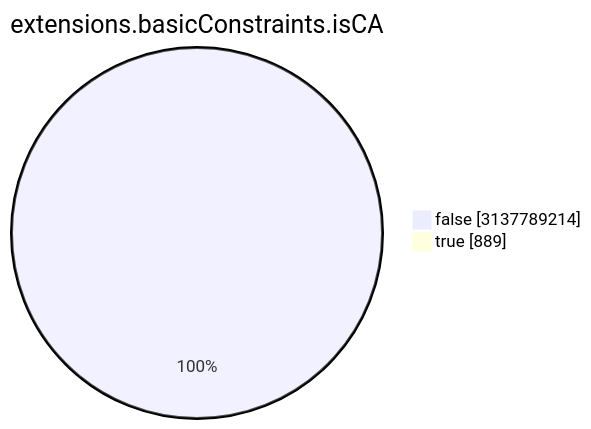
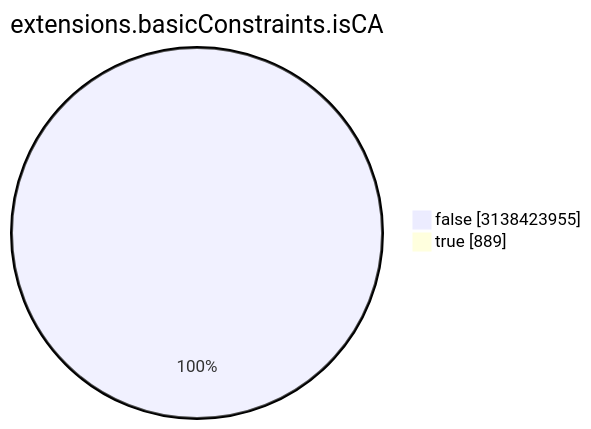
The seventh of 15 diagrams in TOTAL/README.md (christiankrug/ctmonitor_visualization), drawn with Mermaid before and after one commit. The commit also changed other lines of this file, not shown here.

````diff
--- a/TOTAL/README.md
+++ b/TOTAL/README.md
@@ -3088,6 +3088,6 @@
 ```mermaid
 pie showData
 title extensions.basicConstraints.isCA
-"false" :3137789214
+"false" :3138423955
 "true" :889
 ```
````
